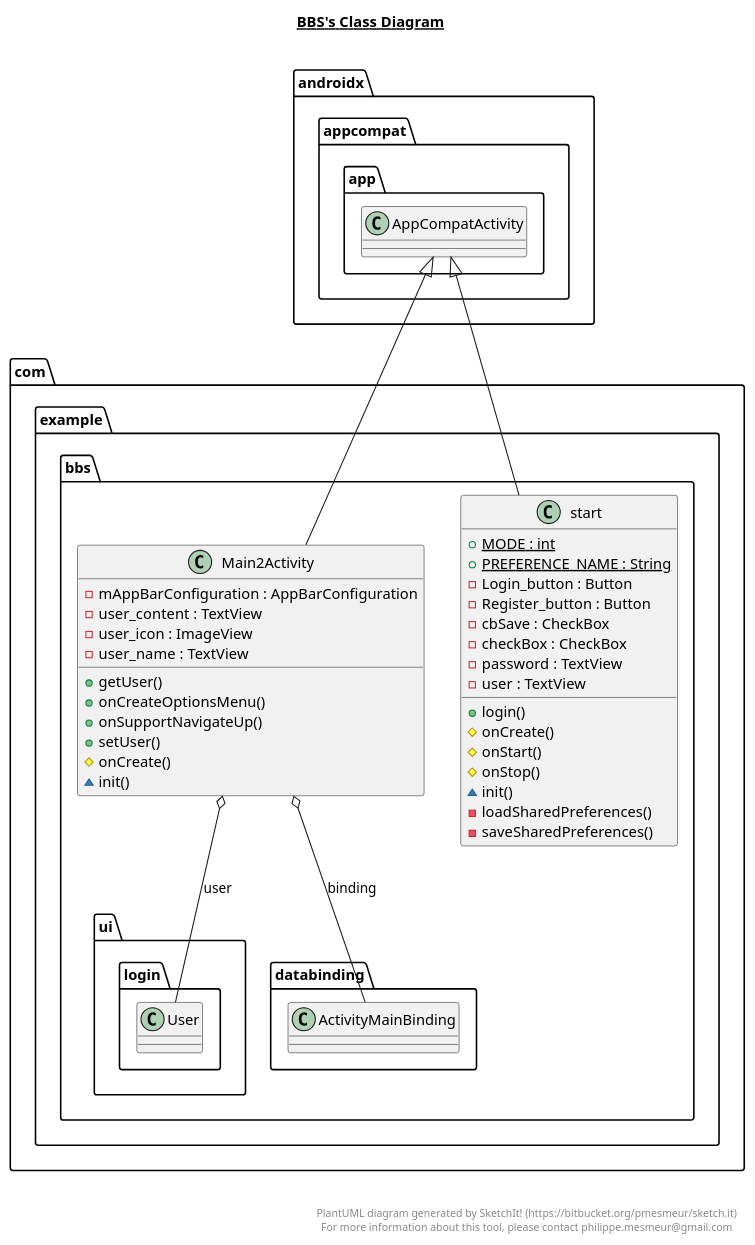
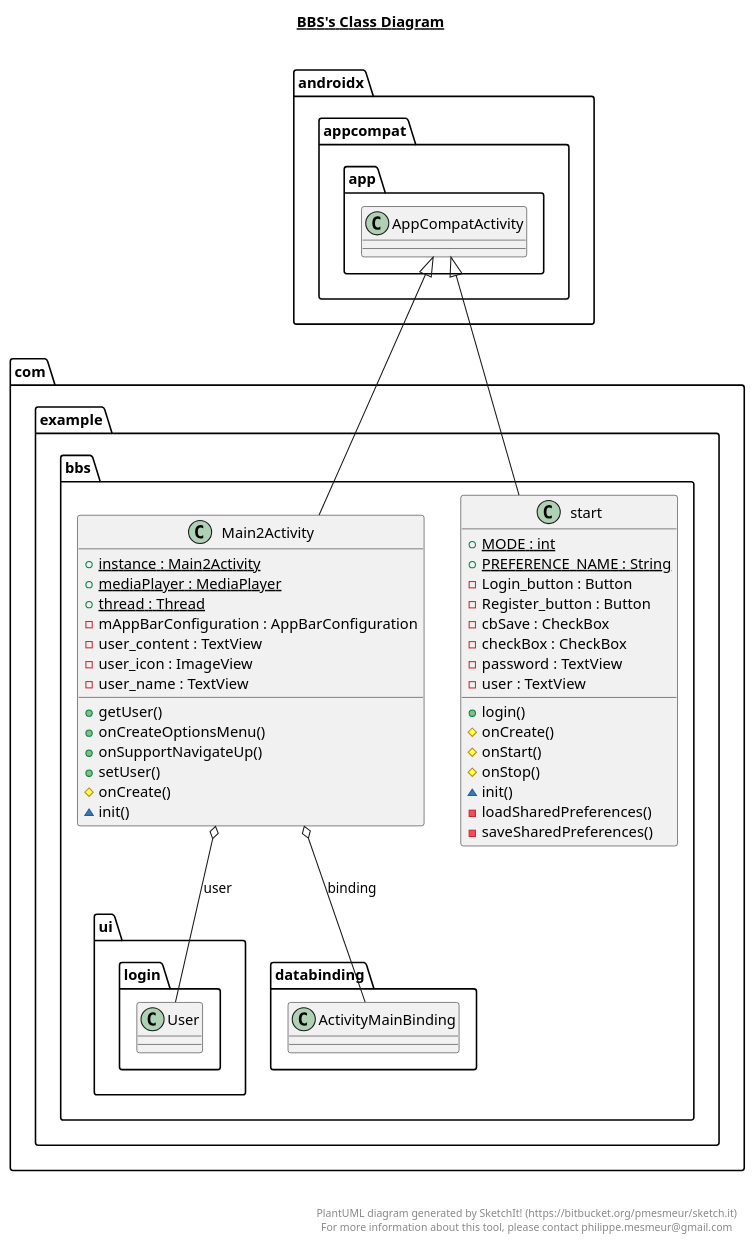
One commit to TantanXR/AndroidHomeWork-BBS changed the diagram in app/src/main/java/com/example/bbs/bbs.plantuml. Above: the diagram before and after it, drawn with PlantUML. The commit also changed 7 other files, not shown here.

```diff
--- a/app/src/main/java/com/example/bbs/bbs.plantuml
+++ b/app/src/main/java/com/example/bbs/bbs.plantuml
@@ -1,55 +1,58 @@
 @startuml
 
 title __BBS's Class Diagram__\n
 
   namespace com.example.bbs {
     class com.example.bbs.Main2Activity {
+        {static} + instance : Main2Activity
+        {static} + mediaPlayer : MediaPlayer
+        {static} + thread : Thread
         - mAppBarConfiguration : AppBarConfiguration
         - user_content : TextView
         - user_icon : ImageView
         - user_name : TextView
         + getUser()
         + onCreateOptionsMenu()
         + onSupportNavigateUp()
         + setUser()
         # onCreate()
         ~ init()
     }
   }
   
 
   namespace com.example.bbs {
     class com.example.bbs.start {
         {static} + MODE : int
         {static} + PREFERENCE_NAME : String
         - Login_button : Button
         - Register_button : Button
         - cbSave : CheckBox
         - checkBox : CheckBox
         - password : TextView
         - user : TextView
         + login()
         # onCreate()
         # onStart()
         # onStop()
         ~ init()
         - loadSharedPreferences()
         - saveSharedPreferences()
     }
   }
   
 
   com.example.bbs.Main2Activity -up-|> androidx.appcompat.app.AppCompatActivity
   com.example.bbs.Main2Activity o-- com.example.bbs.ui.login.User : user
   com.example.bbs.Main2Activity o-- com.example.bbs.databinding.ActivityMainBinding : binding
   com.example.bbs.start -up-|> androidx.appcompat.app.AppCompatActivity
 
 
 right footer
 
 
 PlantUML diagram generated by SketchIt! (https://bitbucket.org/pmesmeur/sketch.it)
 For more information about this tool, please contact philippe.mesmeur@gmail.com
 endfooter
 
 @enduml
```
